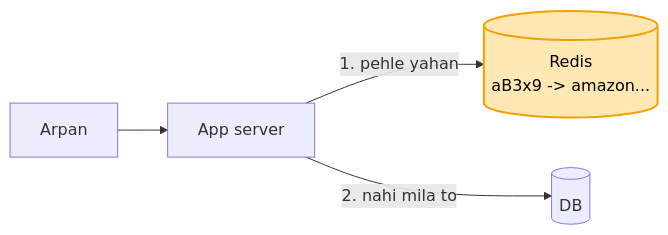
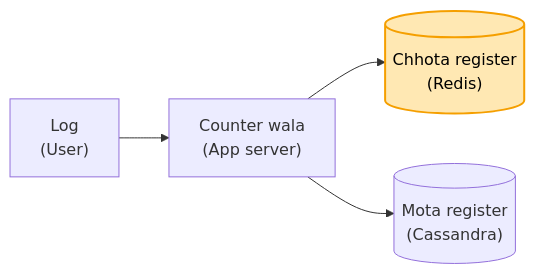
The second of 4 diagrams in 04_HLD/SYSTEM_DESIGNS/01_url_shortener/01_url_shortener.md (ArpanMaheshwari144/Prep), drawn with Mermaid before and after one commit. The commit also changed other lines of this file and 13 other files, not shown here.

````diff
--- a/04_HLD/SYSTEM_DESIGNS/01_url_shortener/01_url_shortener.md
+++ b/04_HLD/SYSTEM_DESIGNS/01_url_shortener/01_url_shortener.md
@@ -126,7 +53,7 @@
 ```mermaid
 flowchart LR
-    U["Arpan"] --> S["App server"]
-    S -- "1. pehle yahan" --> R[("Redis<br/>aB3x9 -> amazon...")]
-    S -- "2. nahi mila to" --> D[("DB")]
+    U["Log<br/>(User)"] --> C["Counter wala<br/>(App server)"]
+    C --> R[("Chhota register<br/>(Redis)")]
+    C --> D[("Mota register<br/>(Cassandra)")]
     style R fill:#ffe8b3,stroke:#f59f00,stroke-width:2px,color:#000
 ```
````
